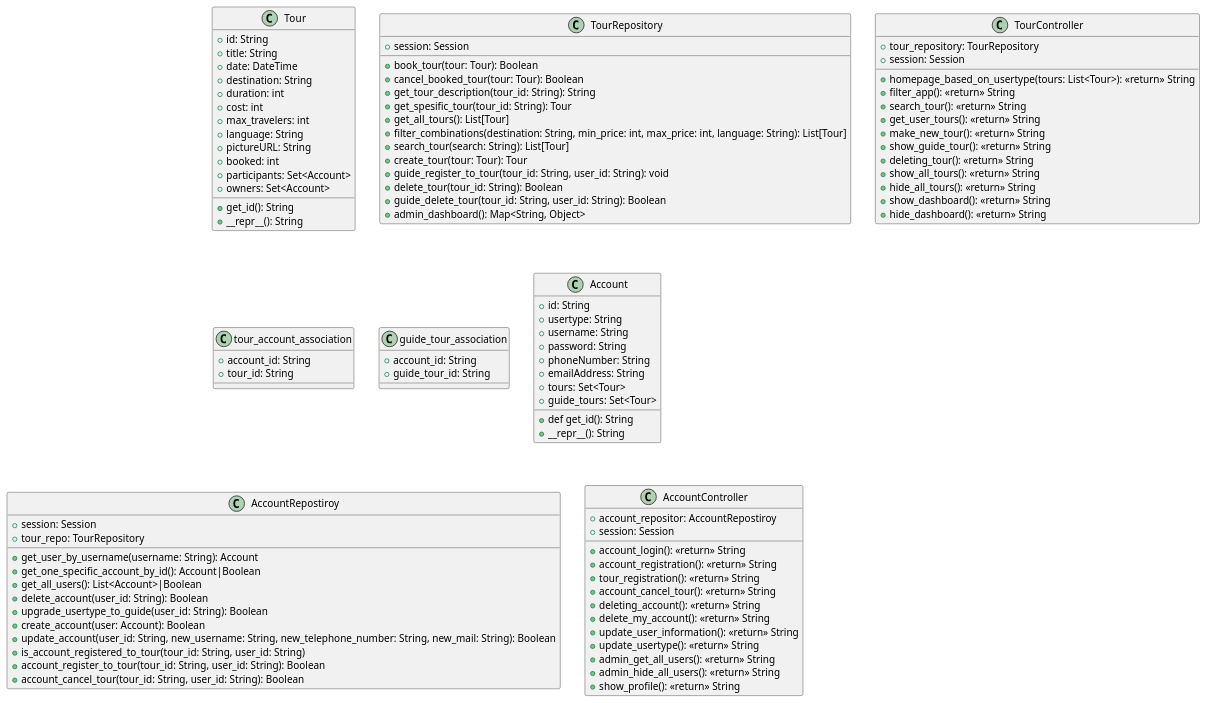
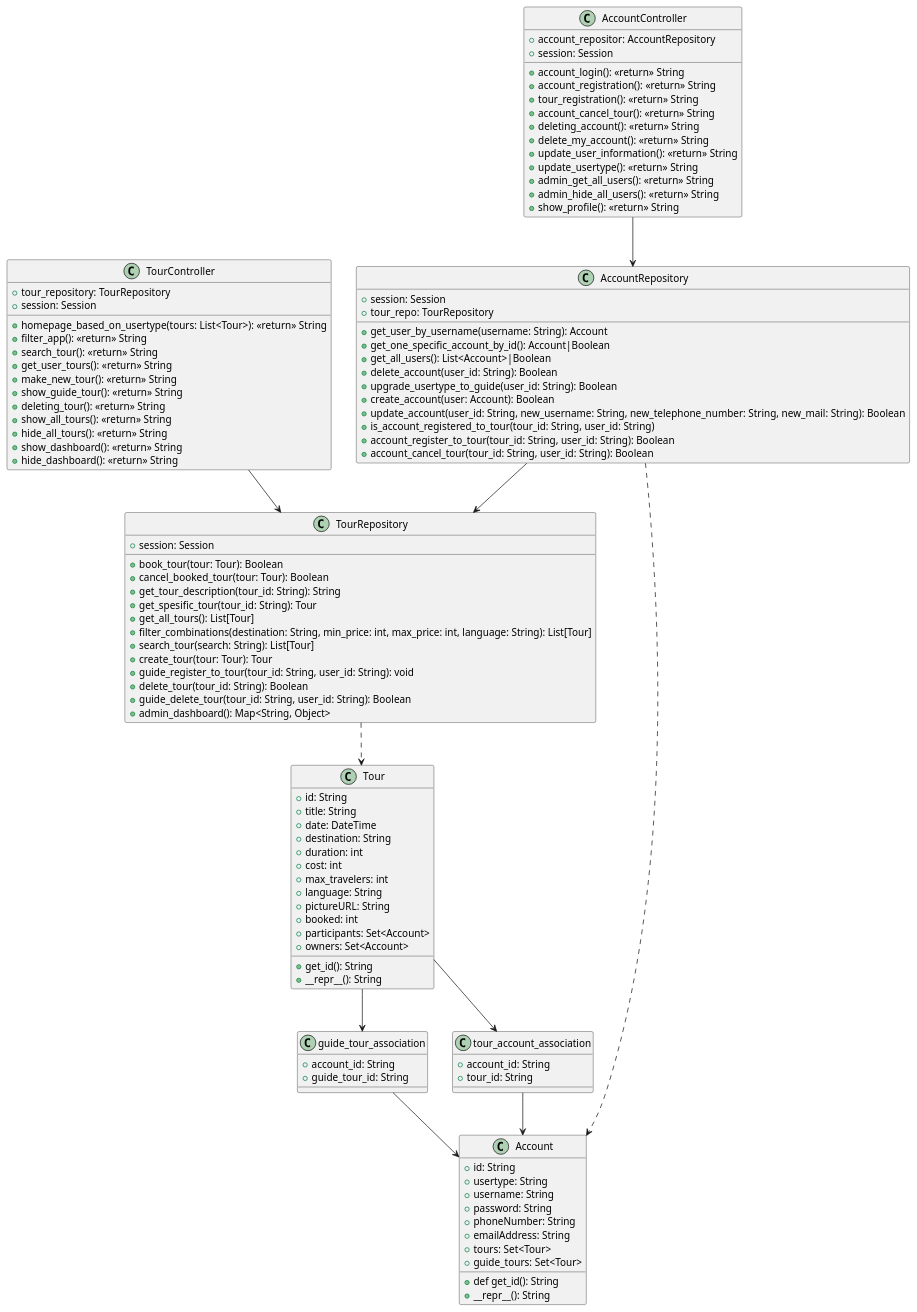
Before and after one commit to khadijo/Group18.YourGuide.Prototype: the diagram in class_diagram.puml, drawn with PlantUML.

Commit message:
added relations to the classes in puml

```diff
--- a/class_diagram.puml
+++ b/class_diagram.puml
@@ -1,107 +1,121 @@
 @startuml
 class  Tour{
     + id: String
     + title: String
     + date: DateTime
     + destination: String
     + duration: int
     + cost: int
     + max_travelers: int
     + language: String
     + pictureURL: String
     + booked: int
     + participants: Set<Account>
     + owners: Set<Account>
     + get_id(): String
     + __repr__(): String
 }
 
 class TourRepository {
     + session: Session
     + book_tour(tour: Tour): Boolean
     + cancel_booked_tour(tour: Tour): Boolean
     + get_tour_description(tour_id: String): String
     + get_spesific_tour(tour_id: String): Tour
     + get_all_tours(): List[Tour]
     + filter_combinations(destination: String, min_price: int, max_price: int, language: String): List[Tour]
     + search_tour(search: String): List[Tour]
     + create_tour(tour: Tour): Tour
     + guide_register_to_tour(tour_id: String, user_id: String): void
     + delete_tour(tour_id: String): Boolean
     + guide_delete_tour(tour_id: String, user_id: String): Boolean
     + admin_dashboard(): Map<String, Object>
 }
 
 class TourController{
     + tour_repository: TourRepository
     + session: Session
     + homepage_based_on_usertype(tours: List<Tour>): <<return>> String
     + filter_app(): <<return>> String
     + search_tour(): <<return>> String
     + get_user_tours(): <<return>> String
     + make_new_tour(): <<return>> String
     + show_guide_tour(): <<return>> String
     + deleting_tour(): <<return>> String
     + show_all_tours(): <<return>> String
     + hide_all_tours(): <<return>> String
     + show_dashboard(): <<return>> String
     + hide_dashboard(): <<return>> String
 
 
 }
 
 class tour_account_association {
     + account_id: String
     + tour_id: String
 }
 
 class guide_tour_association {
     + account_id: String
     + guide_tour_id: String
 }
 
 class Account{
     + id: String
     + usertype: String
     + username: String
     + password: String
     + phoneNumber: String
     + emailAddress: String
     + tours: Set<Tour>
     + guide_tours: Set<Tour>
     + def get_id(): String
     + __repr__(): String
 }
 
-class AccountRepostiroy{
+class AccountRepository{
     + session: Session
     + tour_repo: TourRepository
     + get_user_by_username(username: String): Account
     + get_one_specific_account_by_id(): Account|Boolean
     + get_all_users(): List<Account>|Boolean
     + delete_account(user_id: String): Boolean
     + upgrade_usertype_to_guide(user_id: String): Boolean
     + create_account(user: Account): Boolean
     + update_account(user_id: String, new_username: String, new_telephone_number: String, new_mail: String): Boolean
     + is_account_registered_to_tour(tour_id: String, user_id: String)
     + account_register_to_tour(tour_id: String, user_id: String): Boolean
     + account_cancel_tour(tour_id: String, user_id: String): Boolean
 }
 
 class AccountController{
-    + account_repositor: AccountRepostiroy
+    + account_repositor: AccountRepository
     + session: Session
     + account_login(): <<return>> String
     + account_registration(): <<return>> String
     + tour_registration(): <<return>> String
     + account_cancel_tour(): <<return>> String
     + deleting_account(): <<return>> String
     + delete_my_account(): <<return>> String
     + update_user_information(): <<return>> String
     + update_usertype(): <<return>> String
     + admin_get_all_users(): <<return>> String
     + admin_hide_all_users(): <<return>> String
     + show_profile(): <<return>> String
 }
 
+Tour --> tour_account_association
+tour_account_association --> Account
+
+Tour -> guide_tour_association
+guide_tour_association --> Account
+
+TourRepository ..> Tour
+TourController --> TourRepository
+
+AccountRepository ..> Account
+AccountController --> AccountRepository
+
+AccountRepository --> TourRepository
+
 @enduml
```
